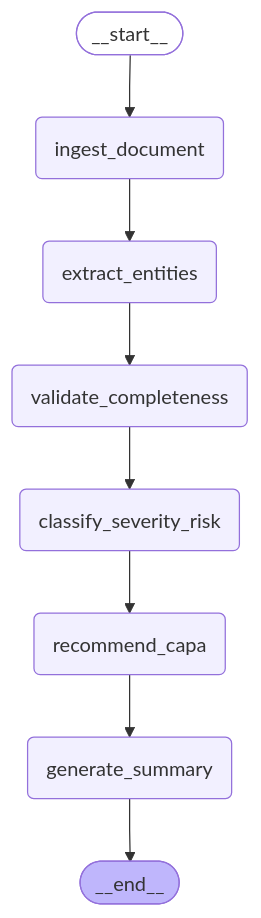
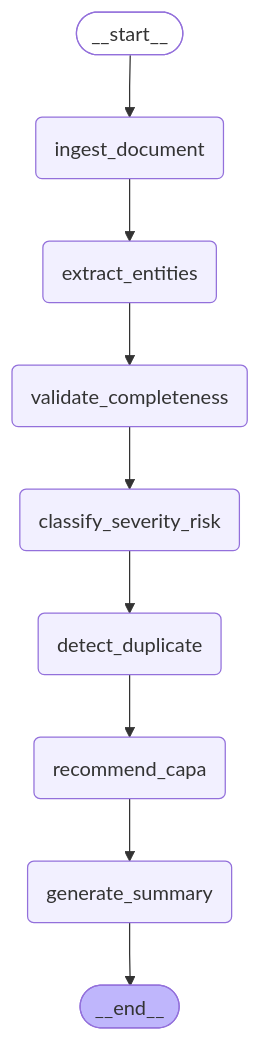
One commit to POSHANMS/complaint-copilot-ai changed the diagram in backend/agent_graph_diagram.md. Above: the diagram before and after it, drawn with Mermaid. The commit also changed other lines of this file and 6 other files, not shown here.

Commit message:
feat(agent): add detect_duplicate node + duplicate UI card

````diff
--- a/backend/agent_graph_diagram.md
+++ b/backend/agent_graph_diagram.md
@@ -7,27 +7,29 @@
 ```mermaid
 ---
 config:
   flowchart:
     curve: linear
 ---
 graph TD;
 	__start__([<p>__start__</p>]):::first
 	ingest_document(ingest_document)
 	extract_entities(extract_entities)
 	validate_completeness(validate_completeness)
 	classify_severity_risk(classify_severity_risk)
+	detect_duplicate(detect_duplicate)
 	recommend_capa(recommend_capa)
 	generate_summary(generate_summary)
 	__end__([<p>__end__</p>]):::last
 	__start__ --> ingest_document;
-	classify_severity_risk --> recommend_capa;
+	classify_severity_risk --> detect_duplicate;
+	detect_duplicate --> recommend_capa;
 	extract_entities --> validate_completeness;
 	ingest_document --> extract_entities;
 	recommend_capa --> generate_summary;
 	validate_completeness --> classify_severity_risk;
 	generate_summary --> __end__;
 	classDef default fill:#f2f0ff,line-height:1.2
 	classDef first fill-opacity:0
 	classDef last fill:#bfb6fc
 
 ```
````
